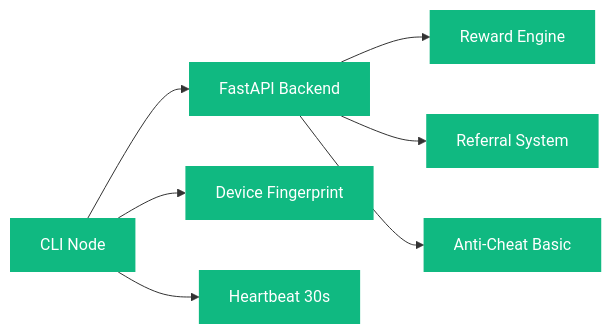
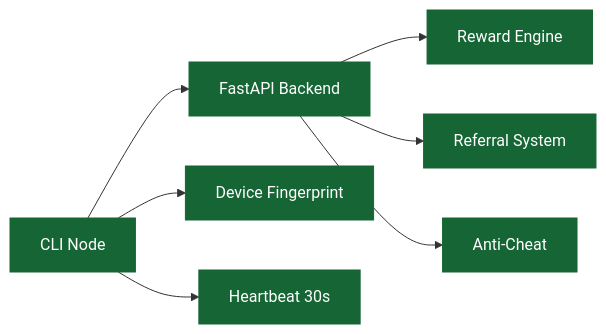
The second of 6 diagrams in roadmap.md (Nexora-Node/Docs), drawn with Mermaid before and after one commit. The commit also changed other lines of this file and 5 other files, not shown here.

Commit message:
docs: fix diagram bugs, unify color palette, remove bidirectional arrows

````diff
--- a/roadmap.md
+++ b/roadmap.md
@@ -43,17 +43,17 @@
 ```mermaid
 graph LR
     A[CLI Node] --> B[FastAPI Backend]
     B --> C[Reward Engine]
     B --> D[Referral System]
-    B --> E[Anti-Cheat Basic]
+    B --> E[Anti-Cheat]
     A --> F[Device Fingerprint]
     A --> G[Heartbeat 30s]
 
-    style A fill:#10b981,color:#fff,stroke:none
-    style B fill:#10b981,color:#fff,stroke:none
-    style C fill:#10b981,color:#fff,stroke:none
-    style D fill:#10b981,color:#fff,stroke:none
-    style E fill:#10b981,color:#fff,stroke:none
-    style F fill:#10b981,color:#fff,stroke:none
-    style G fill:#10b981,color:#fff,stroke:none
+    style A fill:#166534,stroke:#166534,color:#fff
+    style B fill:#166534,stroke:#166534,color:#fff
+    style C fill:#166534,stroke:#166534,color:#fff
+    style D fill:#166534,stroke:#166534,color:#fff
+    style E fill:#166534,stroke:#166534,color:#fff
+    style F fill:#166534,stroke:#166534,color:#fff
+    style G fill:#166534,stroke:#166534,color:#fff
 ```
````
